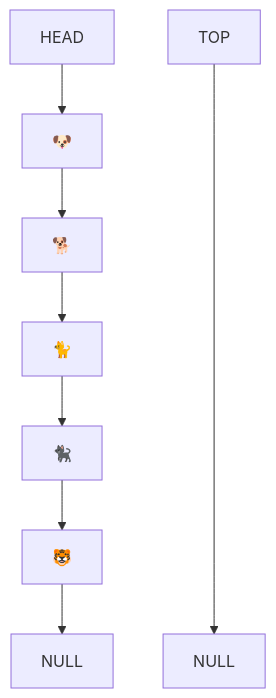
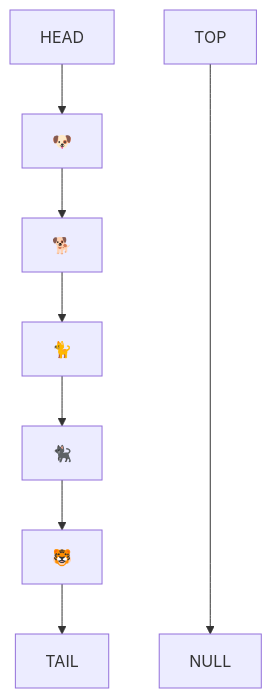
The second of 5 diagrams in javascript/code-challenges/stack-queue-animal-shelter/README.md (rmccrear/data-structures-and-algorithms), drawn with Mermaid before and after one commit. The commit also changed other lines of this file, not shown here.

First line of the commit message:
Fix some issues with the diagram in animal-shelter

````diff
--- a/javascript/code-challenges/stack-queue-animal-shelter/README.md
+++ b/javascript/code-challenges/stack-queue-animal-shelter/README.md
@@ -24,7 +24,7 @@
 ```mermaid
 
     graph
-    HEAD[HEAD] --> A["🐶"] -->B["🐕"]-->C["🐈"] --> D["🐈‍⬛"]-->E["🐯"] --> TAIL[NULL]
+    HEAD[HEAD] --> A["🐶"] -->B["🐕"]-->C["🐈"] --> D["🐈‍⬛"]-->E["🐯"] --> TAIL
 
     HEAD2[TOP]------->TAIL2[NULL]
 ```
````
